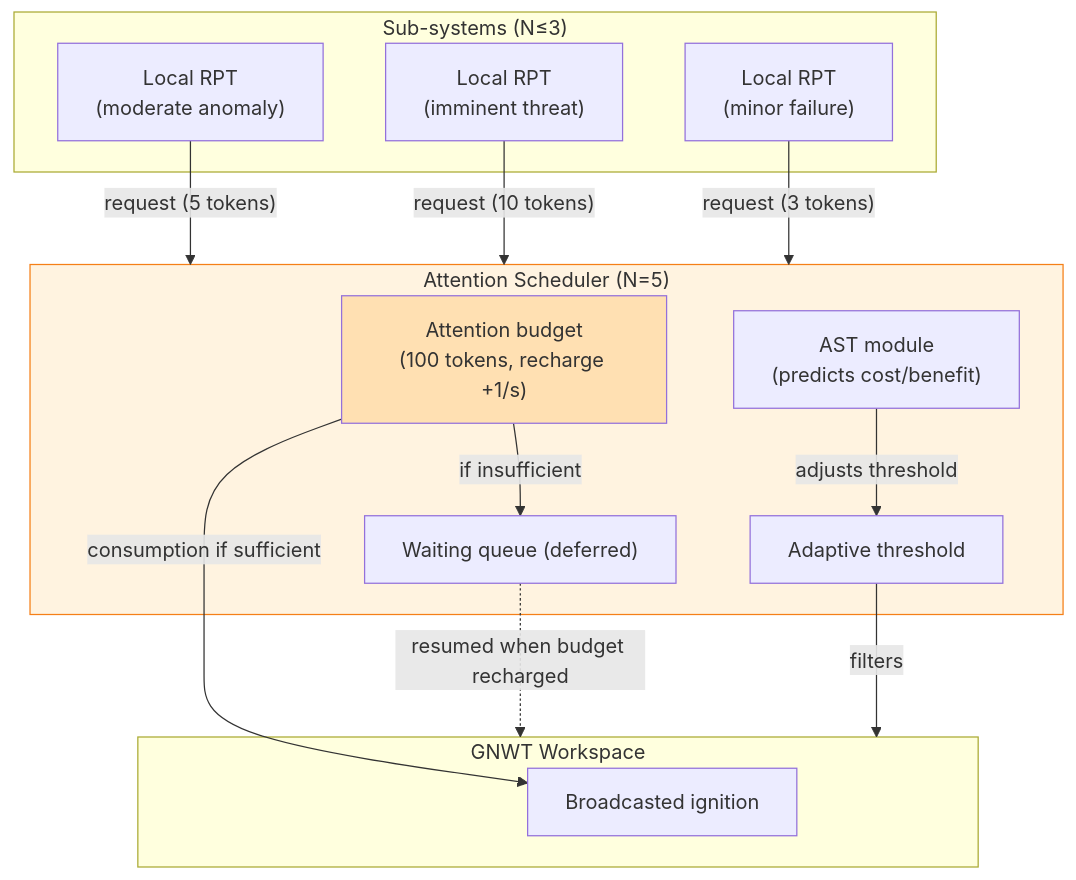
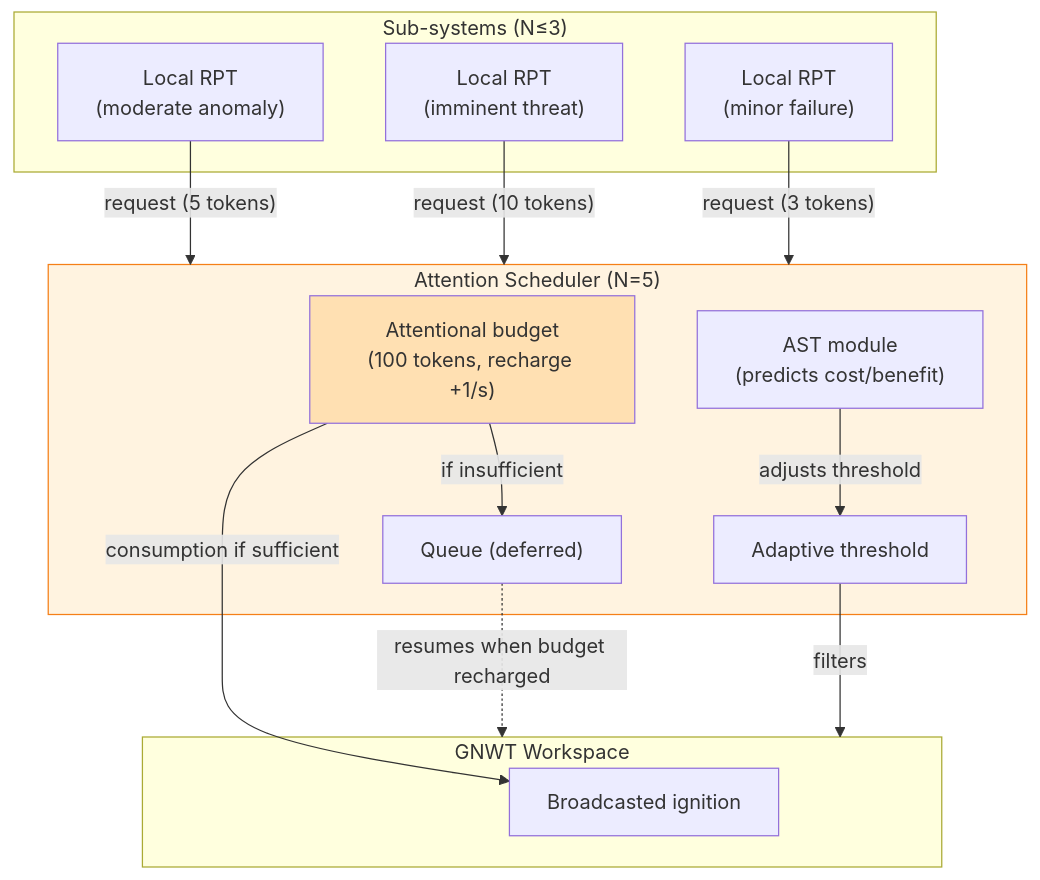
The sixth of 7 diagrams in concepts/concepts.md (AlainCo/GNWT-Garrigue-X-en), drawn with Mermaid before and after one commit. The commit also changed other lines of this file and 16 other files, not shown here.

````diff
--- a/concepts/concepts.md
+++ b/concepts/concepts.md
@@ -542,33 +530,33 @@
 ```mermaid
 flowchart TD
     subgraph Inputs ["Sub-systems (N≤3)"]
         A["Local RPT<br>(moderate anomaly)"]
         B["Local RPT<br>(imminent threat)"]
         C["Local RPT<br>(minor failure)"]
     end
 
     subgraph Scheduler ["Attention Scheduler (N=5)"]
-        Budget["Attention budget<br>(100 tokens, recharge +1/s)"]
+        Budget["Attentional budget<br>(100 tokens, recharge +1/s)"]
         AST["AST module<br>(predicts cost/benefit)"]
-        File["Waiting queue (deferred)"]
+        File["Queue (deferred)"]
         Seuil["Adaptive threshold"]
     end
 
     subgraph Workspace ["GNWT Workspace"]
         Ignition["Broadcasted ignition"]
     end
 
     A -->|"request (5 tokens)"| Scheduler
     B -->|"request (10 tokens)"| Scheduler
     C -->|"request (3 tokens)"| Scheduler
 
     Budget -->|"consumption if sufficient"| Ignition
     Budget -->|"if insufficient"| File
     AST -->|"adjusts threshold"| Seuil
     Seuil -->|"filters"| Workspace
 
-    File -.->|"resumed when budget recharged"| Workspace
+    File -.->|"resumes when budget recharged"| Workspace
 
     style Scheduler fill:#fff3e0,stroke:#f57f17
     style Budget fill:#ffe0b2
 ```
````
